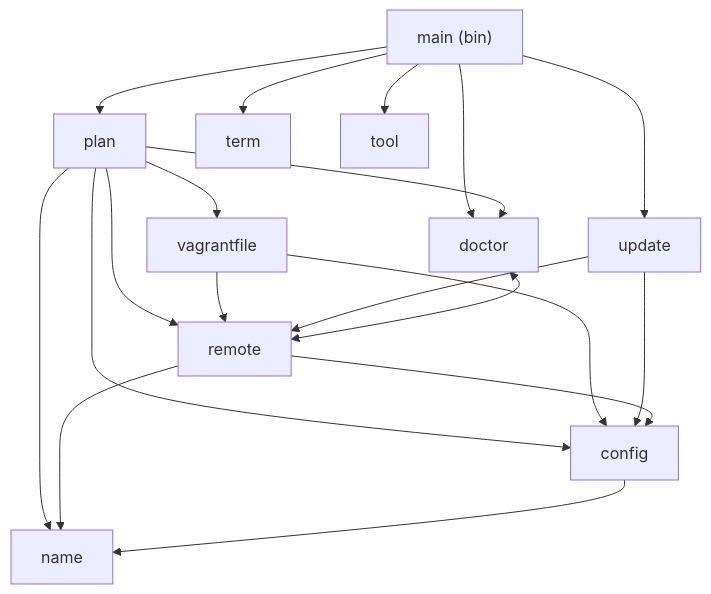
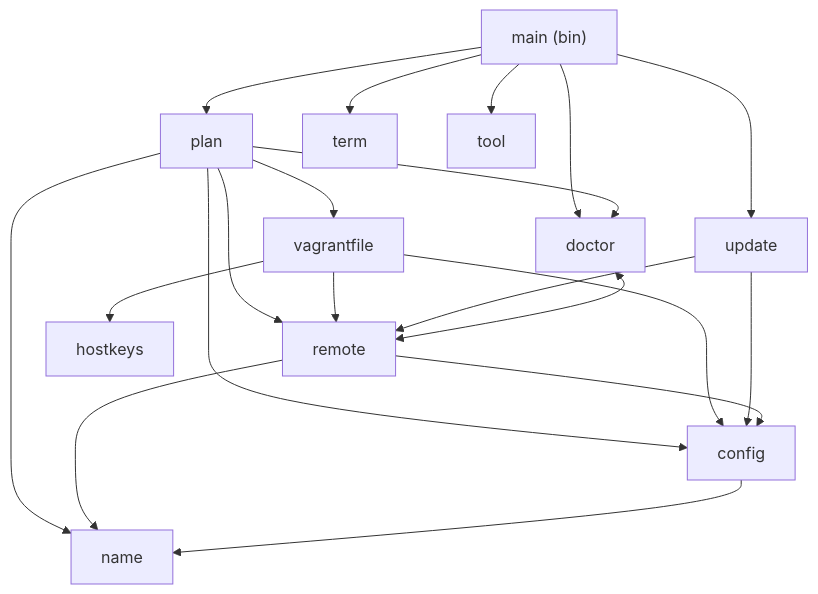
The second of 6 diagrams in docs/architecture.md (breki/bombyx), drawn with Mermaid before and after one commit. The commit also changed other lines of this file and 13 other files, not shown here.

````diff
--- a/docs/architecture.md
+++ b/docs/architecture.md
@@ -138,28 +138,29 @@
 ```mermaid
 flowchart TD
   main["main (bin)"]
 
   main --> plan
   main --> update
   main --> doctor
   main --> term
   main --> tool
 
   plan --> vagrantfile
   plan --> doctor
   plan --> remote
   plan --> config
   plan --> name
 
   vagrantfile --> remote
   vagrantfile --> config
+  vagrantfile --> hostkeys
 
   update --> remote
   update --> config
 
   doctor <--> remote
 
   remote --> config
   remote --> name
   config --> name
 ```
````
